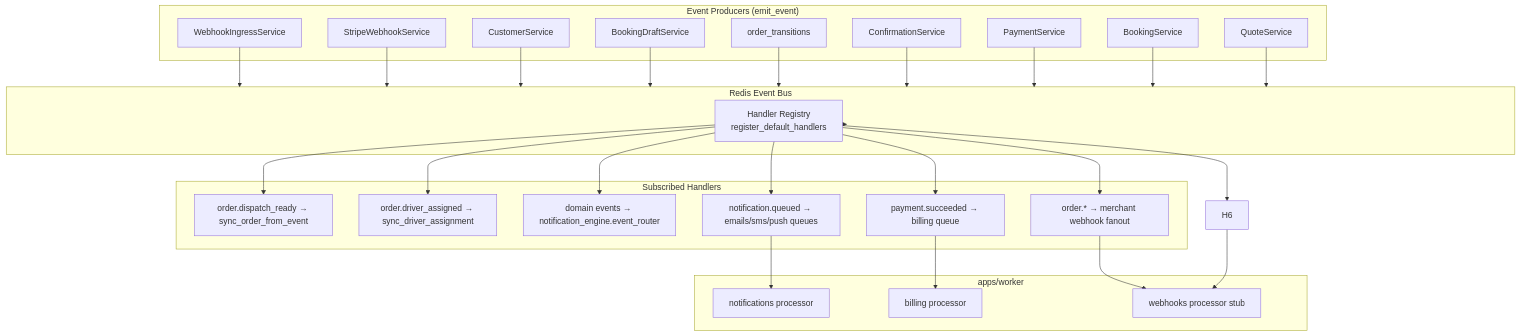
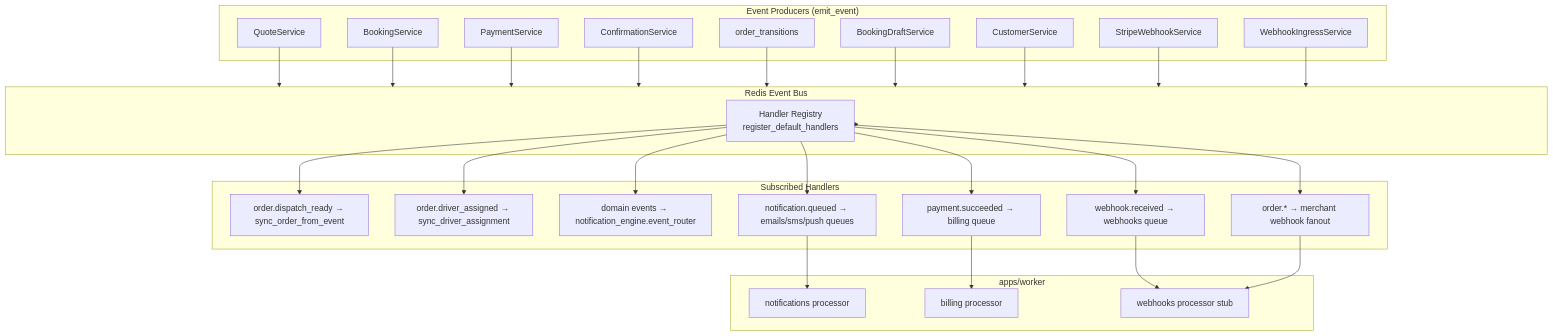
One commit to PORTERCHAIN-INC/PCD changed the diagram in docs/architecture/mermaid/event_bus_flow.mmd. Above: the diagram before and after it, drawn with Mermaid. The commit also changed 13 other files, not shown here.

Commit message:
docs(architecture): planned state machines (22) and events (23); clean FleetBase-era nodes in mermaid set

```diff
--- a/docs/architecture/mermaid/event_bus_flow.mmd
+++ b/docs/architecture/mermaid/event_bus_flow.mmd
@@ -1,38 +1,39 @@
 flowchart TB
   subgraph Producers["Event Producers (emit_event)"]
     QS[QuoteService]
     BS[BookingService]
     PS[PaymentService]
     CF[ConfirmationService]
     OT[order_transitions]
     BDS[BookingDraftService]
     CS[CustomerService]
     SWS[StripeWebhookService]
     WIS[WebhookIngressService]
   end
 
   subgraph Bus["Redis Event Bus"]
     REG[Handler Registry<br/>register_default_handlers]
   end
 
   subgraph Handlers["Subscribed Handlers"]
     H1[order.dispatch_ready → sync_order_from_event]
     H2[order.driver_assigned → sync_driver_assignment]
     H3[domain events → notification_engine.event_router]
+    H6[webhook.received → webhooks queue]
     H5[payment.succeeded → billing queue]
     H7[notification.queued → emails/sms/push queues]
     H10[order.* → merchant webhook fanout]
   end
 
   subgraph Worker["apps/worker"]
     NQ[notifications processor]
     BQ[billing processor]
     WQ[webhooks processor stub]
   end
 
   QS & BS & PS & CF & OT & BDS & CS & SWS & WIS --> Bus
   Bus --> REG
   REG --> H1 & H2 & H3 & H5 & H6 & H7 & H10
   H5 --> BQ
   H7 --> NQ
   H6 & H10 --> WQ
```
